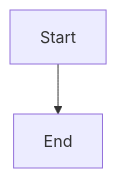
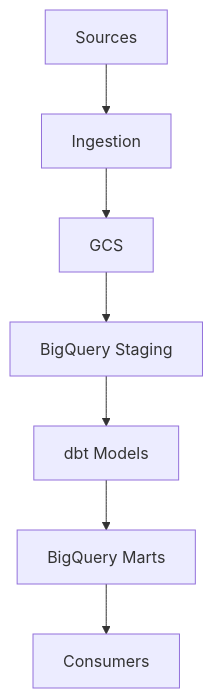
One commit to kaiasdad01/sports-analytics-hub changed the diagram in docs/architecture_diagram.md. Above: the diagram before and after it, drawn with Mermaid. The commit also changed other lines of this file and 1 other file, not shown here.

````diff
--- a/docs/architecture_diagram.md
+++ b/docs/architecture_diagram.md
@@ -5,4 +5,9 @@
 ```mermaid
 graph TD
-  A[Start] --> B[End]
+  A[Sources] --> B[Ingestion]
+  B --> C[GCS]
+  C --> D[BigQuery Staging]
+  D --> E[dbt Models]
+  E --> F[BigQuery Marts]
+  F --> G[Consumers]
 ```
````
